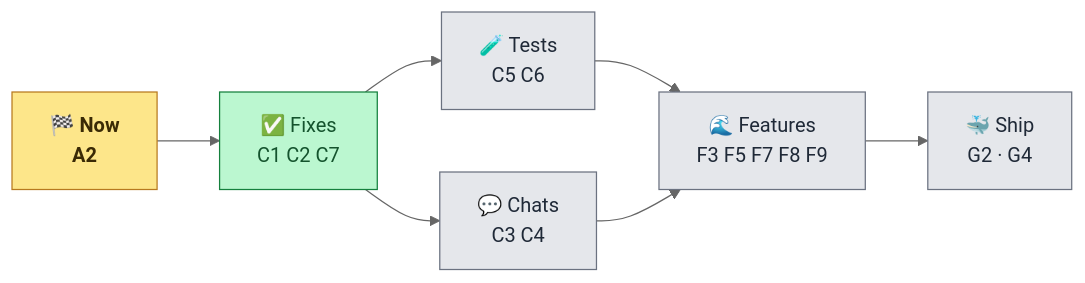
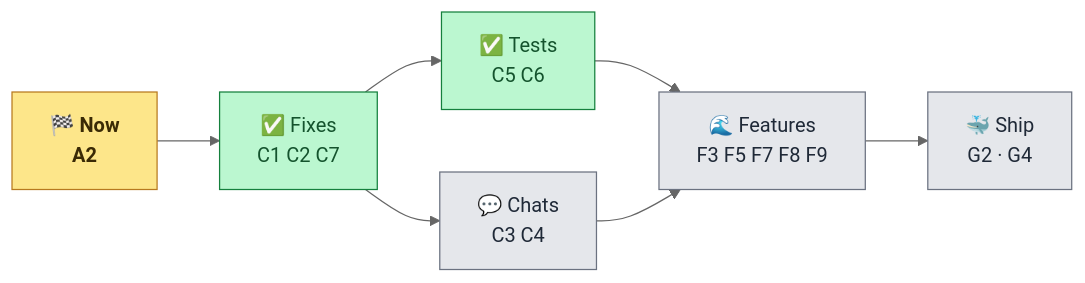
The third of 3 diagrams in FRONTEND_STATUS.md (anurag-joshi-1403/Multi-Agent-AI-Platform), drawn with Mermaid (neutral theme) before and after one commit. The commit also changed other lines of this file and 1 other file, not shown here.

First line of the commit message:
docs(tasks): mark C5 and C6 done, add C8

````diff
--- a/FRONTEND_STATUS.md
+++ b/FRONTEND_STATUS.md
@@ -194,14 +202,14 @@
 ```mermaid
 flowchart LR
     classDef now fill:#fde68a,stroke:#b7791f,color:#3a2a05,font-weight:bold
     classDef later fill:#e5e7eb,stroke:#6b7280,color:#1f2937
     classDef done fill:#bbf7d0,stroke:#15803d,color:#14532d
-    N["🏁 Now<br/>A2"] --> FX["✅ Fixes<br/>C1 C2 C7"] --> T["🧪 Tests<br/>C5 C6"]
+    N["🏁 Now<br/>A2"] --> FX["✅ Fixes<br/>C1 C2 C7"] --> T["✅ Tests<br/>C5 C6"]
     FX --> CH["💬 Chats<br/>C3 C4"]
     T --> NEW["🌊 Features<br/>F3 F5 F7 F8 F9"]
     CH --> NEW
     NEW --> SHIP["🐳 Ship<br/>G2 · G4"]
     class N now
-    class FX done
-    class T,CH,NEW,SHIP later
+    class FX,T done
+    class CH,NEW,SHIP later
 ```
````
